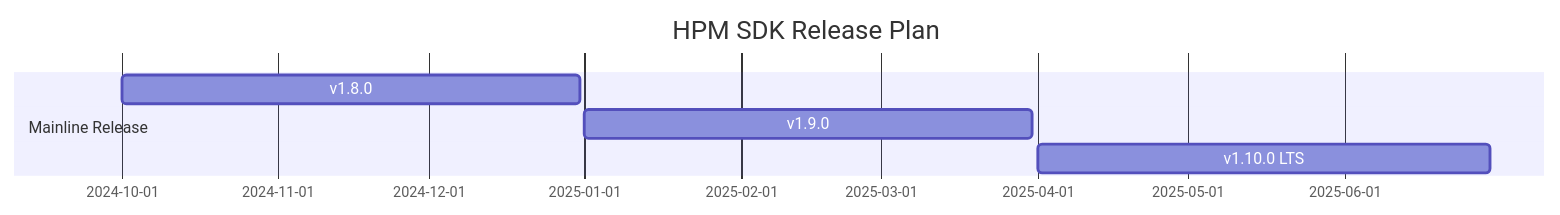
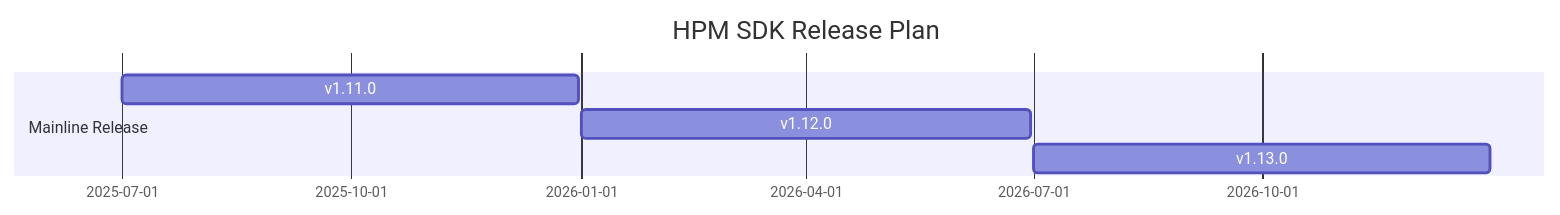
Before and after one commit to hpmicro/rtt-bsp-hpm6750evkmini: the diagram in common/libraries/hpm_sdk/README.md, drawn with Mermaid. The commit also changed 5432 other files, not shown here.

````diff
--- a/common/libraries/hpm_sdk/README.md
+++ b/common/libraries/hpm_sdk/README.md
@@ -1,9 +1,9 @@
 ``` mermaid
 gantt
     title HPM SDK Release Plan
     dateFormat  YYYY-MM-DD
     section Mainline Release
-    v1.8.0           :a1, 2024-10-01, 2024-12-31
-    v1.9.0           :a2, 2025-01-01, 2025-03-31
-    v1.10.0 LTS      :a3, 2025-04-01, 2025-06-30
+    v1.11.0          :a1, 2025-07-01, 2025-12-31
+    v1.12.0          :a2, 2026-01-01, 2026-06-30
+    v1.13.0          :a2, 2026-07-01, 2026-12-31
 ```
````
